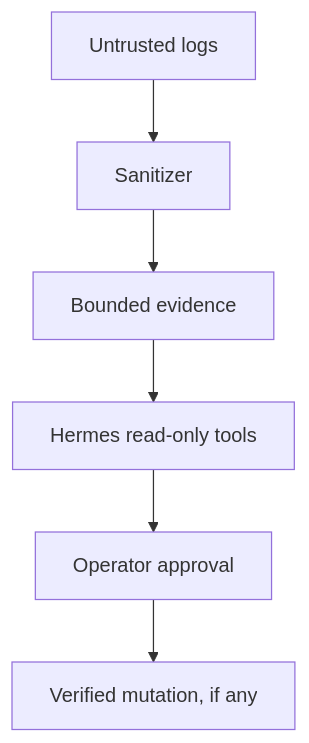
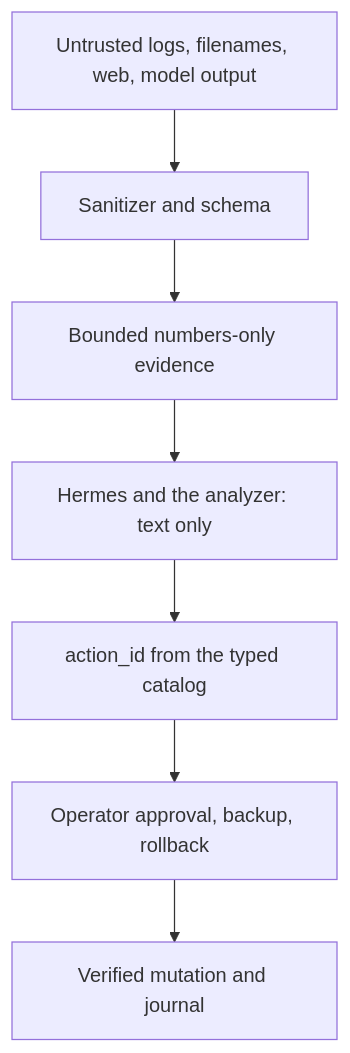
The sixth of 7 diagrams in README.md (ahliweb/linux-mint-xfce-rescue-ai), drawn with Mermaid before and after one commit. The commit also changed other lines of this file and 1 other file, not shown here.

First line of the commit message:
docs: rewrite README (status table, quick starts) and design (whole-flow diagrams)

````diff
--- a/README.md
+++ b/README.md
@@ -237,8 +209,9 @@
 ```mermaid
 flowchart TD
-    L[Untrusted logs] --> S[Sanitizer]
-    S --> E[Bounded evidence]
-    E --> H[Hermes read-only tools]
-    H --> A[Operator approval]
-    A --> W[Verified mutation, if any]
+    L[Untrusted logs, filenames, web, model output] --> S[Sanitizer and schema]
+    S --> E[Bounded numbers-only evidence]
+    E --> H[Hermes and the analyzer: text only]
+    H --> C[action_id from the typed catalog]
+    C --> A[Operator approval, backup, rollback]
+    A --> V[Verified mutation and journal]
 ```
````
